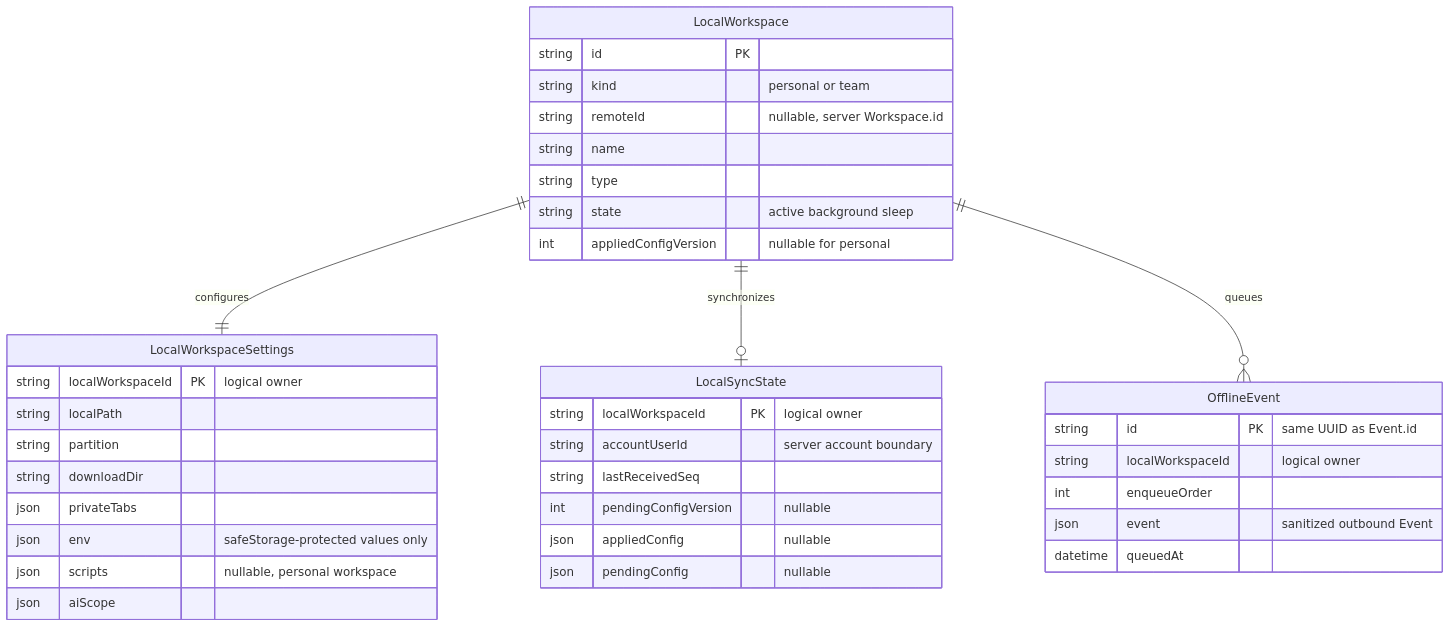
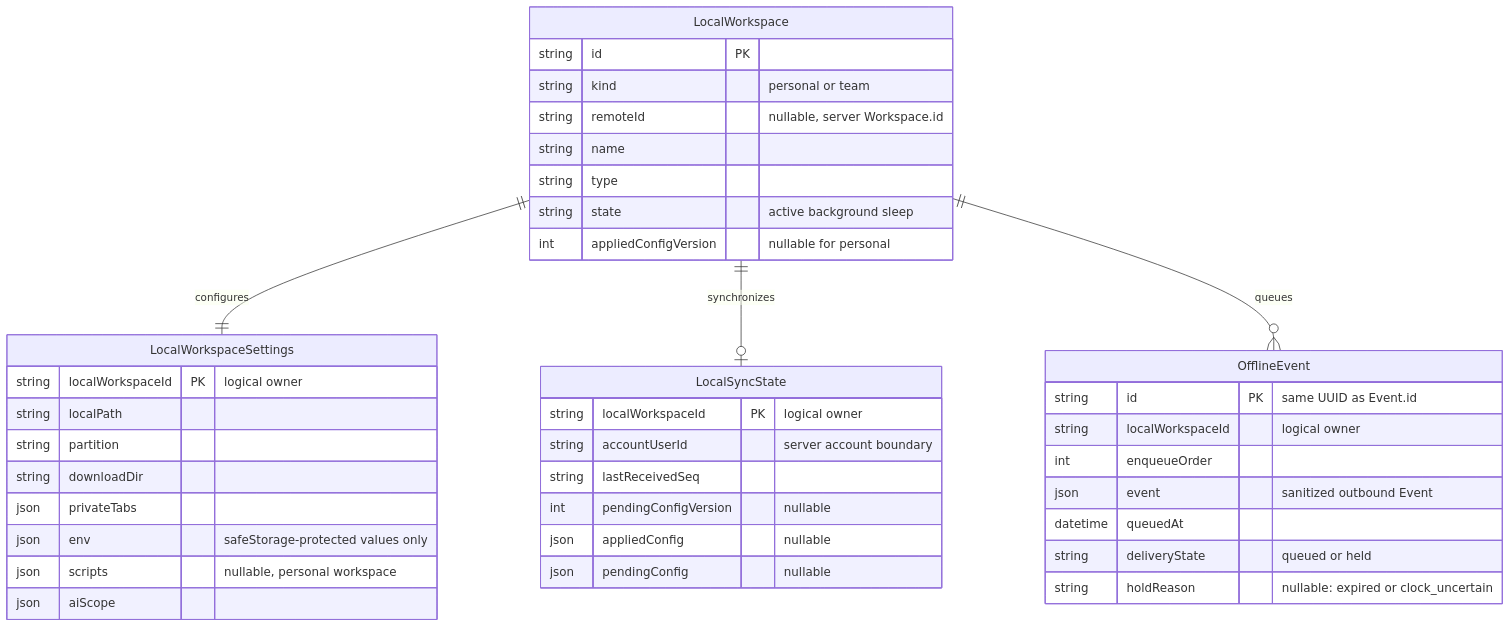
Before and after one commit to gymdong/SW_cadora: the third of 3 diagrams in docs/ERD.md, drawn with Mermaid. The commit also changed other lines of this file and 5 other files, not shown here.

````diff
--- a/docs/ERD.md
+++ b/docs/ERD.md
@@ -264,41 +280,43 @@
 ```mermaid
 erDiagram
     LocalWorkspace ||--|| LocalWorkspaceSettings : configures
     LocalWorkspace ||--o| LocalSyncState : synchronizes
     LocalWorkspace ||--o{ OfflineEvent : queues
 
     LocalWorkspace {
         string id PK
         string kind "personal or team"
         string remoteId "nullable, server Workspace.id"
         string name
         string type
         string state "active background sleep"
         int appliedConfigVersion "nullable for personal"
     }
     LocalWorkspaceSettings {
         string localWorkspaceId PK "logical owner"
         string localPath
         string partition
         string downloadDir
         json privateTabs
         json env "safeStorage-protected values only"
         json scripts "nullable, personal workspace"
         json aiScope
     }
     LocalSyncState {
         string localWorkspaceId PK "logical owner"
         string accountUserId "server account boundary"
         string lastReceivedSeq
         int pendingConfigVersion "nullable"
         json appliedConfig "nullable"
         json pendingConfig "nullable"
     }
     OfflineEvent {
         string id PK "same UUID as Event.id"
         string localWorkspaceId "logical owner"
         int enqueueOrder
         json event "sanitized outbound Event"
         datetime queuedAt
+        string deliveryState "queued or held"
+        string holdReason "nullable: expired or clock_uncertain"
     }
 ```
````
